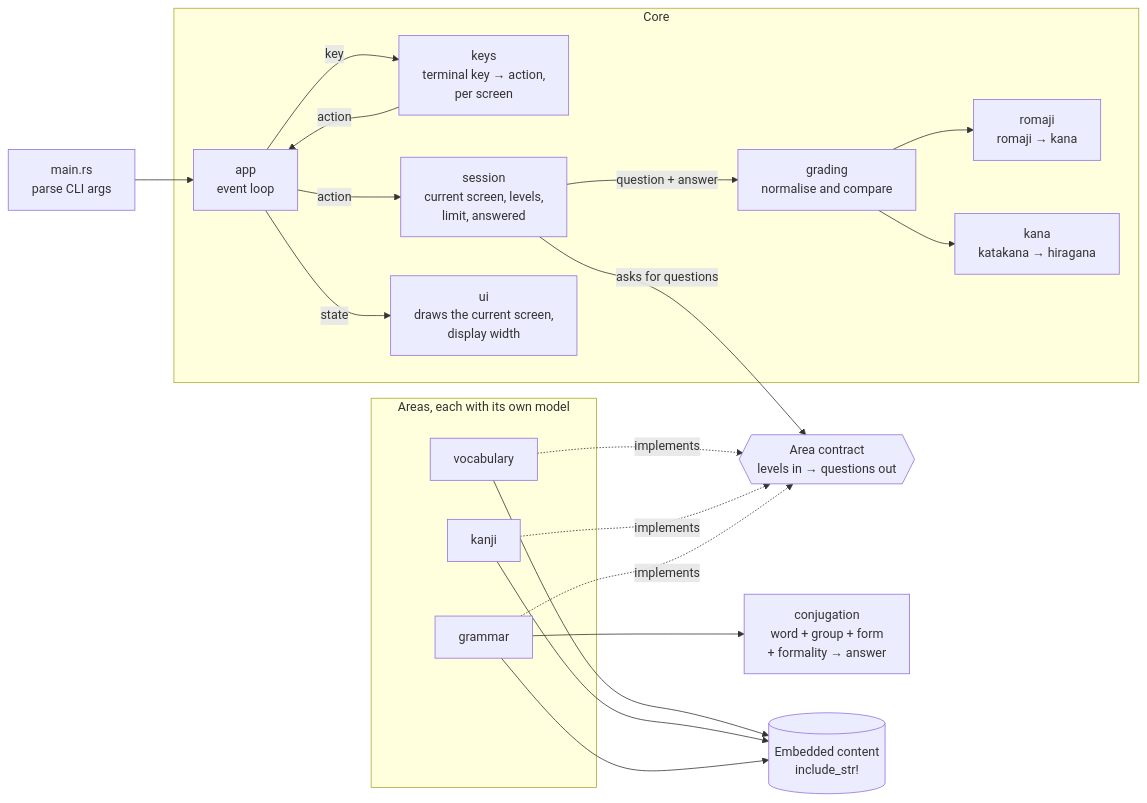
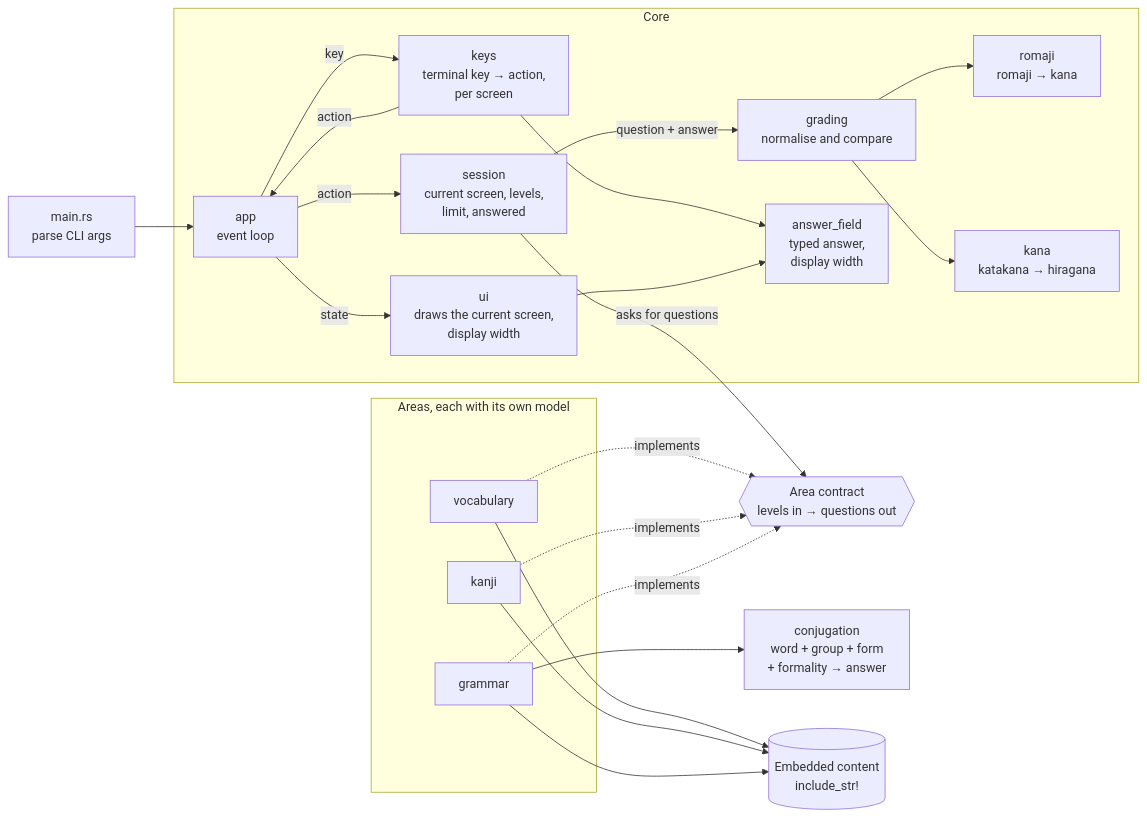
The second of 2 diagrams in docs/architecture.md (PandaCubGames/LearnJapaneseTui), drawn with Mermaid before and after one commit. The commit also changed other lines of this file and 3 other files, not shown here.

Commit message:
feat(input): draw the answer field by display width

````diff
--- a/docs/architecture.md
+++ b/docs/architecture.md
@@ -350,37 +351,40 @@
 ```mermaid
 flowchart LR
     main[main.rs<br/>parse CLI args] --> app
 
     subgraph core[Core]
         app[app<br/>event loop]
         keys[keys<br/>terminal key → action,<br/>per screen]
         session[session<br/>current screen, levels,<br/>limit, answered]
         ui[ui<br/>draws the current screen,<br/>display width]
         grading[grading<br/>normalise and compare]
         romaji[romaji<br/>romaji → kana]
         kana[kana<br/>katakana → hiragana]
+        field[answer_field<br/>typed answer,<br/>display width]
     end
 
     contract{{Area contract<br/>levels in → questions out}}
 
     subgraph areas[Areas, each with its own model]
         vocab[vocabulary]
         kanji[kanji]
         grammar[grammar]
     end
 
     conj[conjugation<br/>word + group + form<br/>+ formality → answer]
     content[(Embedded content<br/>include_str!)]
 
     app -->|key| keys
     keys -->|action| app
     app -->|action| session
     app -->|state| ui
     session -->|asks for questions| contract
     session -->|question + answer| grading
     grading --> romaji
     grading --> kana
+    keys --> field
+    ui --> field
     vocab & kanji & grammar -.->|implements| contract
     grammar --> conj
     vocab & kanji & grammar --> content
 ```
````
